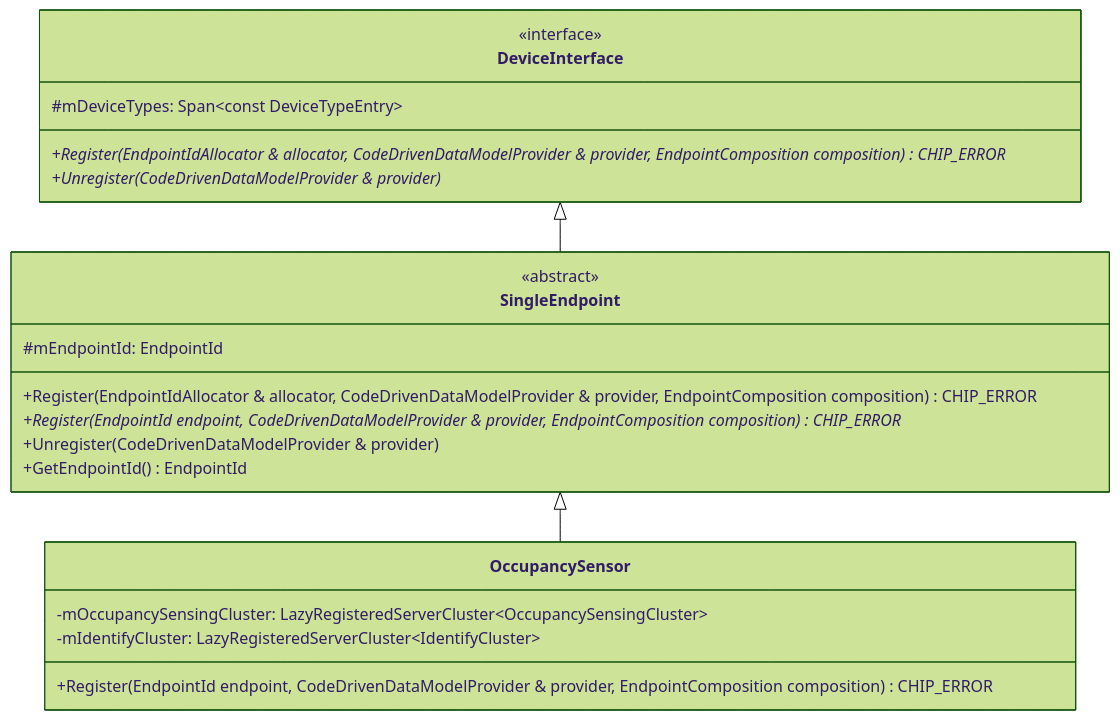
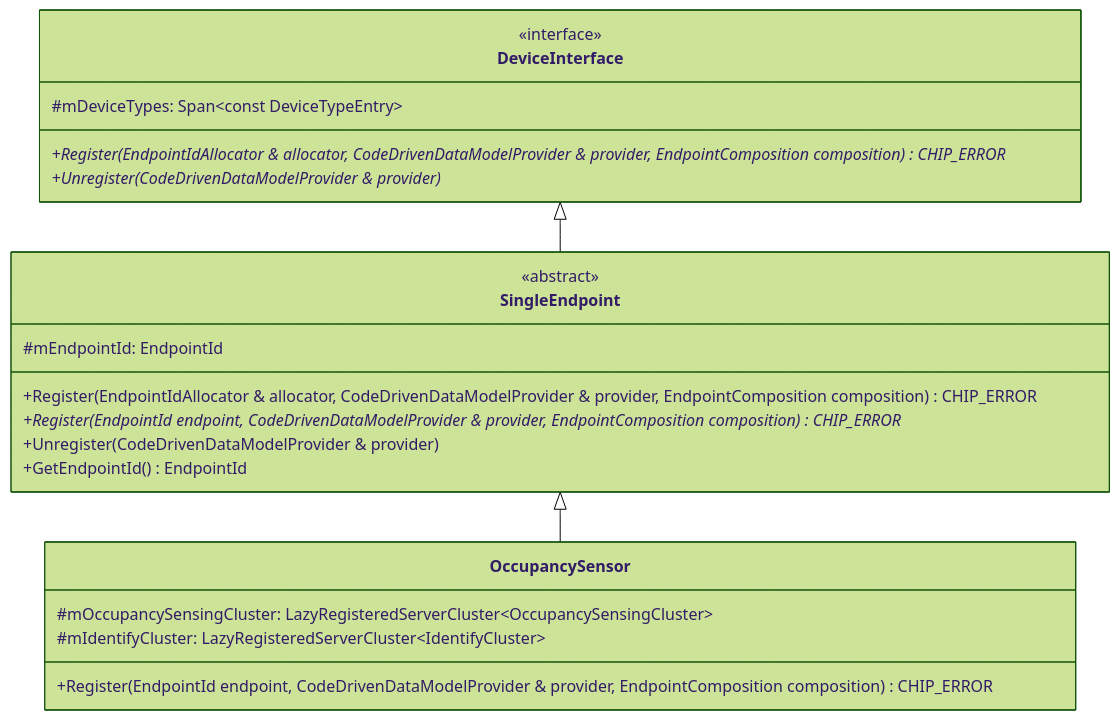
Before and after one commit to project-chip/connectedhomeip: the second of 3 diagrams in examples/all-devices-app/docs/architecture.md, drawn with Mermaid (forest theme). The commit also changed other lines of this file and 31 other files, not shown here.

````diff
--- a/examples/all-devices-app/docs/architecture.md
+++ b/examples/all-devices-app/docs/architecture.md
@@ -86,27 +86,27 @@
 ```mermaid
 classDiagram
     class DeviceInterface {
         <<interface>>
         #mDeviceTypes: Span~const DeviceTypeEntry~
         +Register(EndpointIdAllocator & allocator, CodeDrivenDataModelProvider & provider, EndpointComposition composition)* CHIP_ERROR
         +Unregister(CodeDrivenDataModelProvider & provider)*
     }
 
     class SingleEndpoint {
         <<abstract>>
         #mEndpointId: EndpointId
         +Register(EndpointIdAllocator & allocator, CodeDrivenDataModelProvider & provider, EndpointComposition composition) CHIP_ERROR
         +Register(EndpointId endpoint, CodeDrivenDataModelProvider & provider, EndpointComposition composition)* CHIP_ERROR
         +Unregister(CodeDrivenDataModelProvider & provider)
         +GetEndpointId() EndpointId
     }
 
     class OccupancySensor {
-        -mOccupancySensingCluster: LazyRegisteredServerCluster~OccupancySensingCluster~
-        -mIdentifyCluster: LazyRegisteredServerCluster~IdentifyCluster~
+        #mOccupancySensingCluster: LazyRegisteredServerCluster~OccupancySensingCluster~
+        #mIdentifyCluster: LazyRegisteredServerCluster~IdentifyCluster~
         +Register(EndpointId endpoint, CodeDrivenDataModelProvider & provider, EndpointComposition composition) CHIP_ERROR
     }
 
     DeviceInterface <|-- SingleEndpoint
     SingleEndpoint <|-- OccupancySensor
 ```
````
